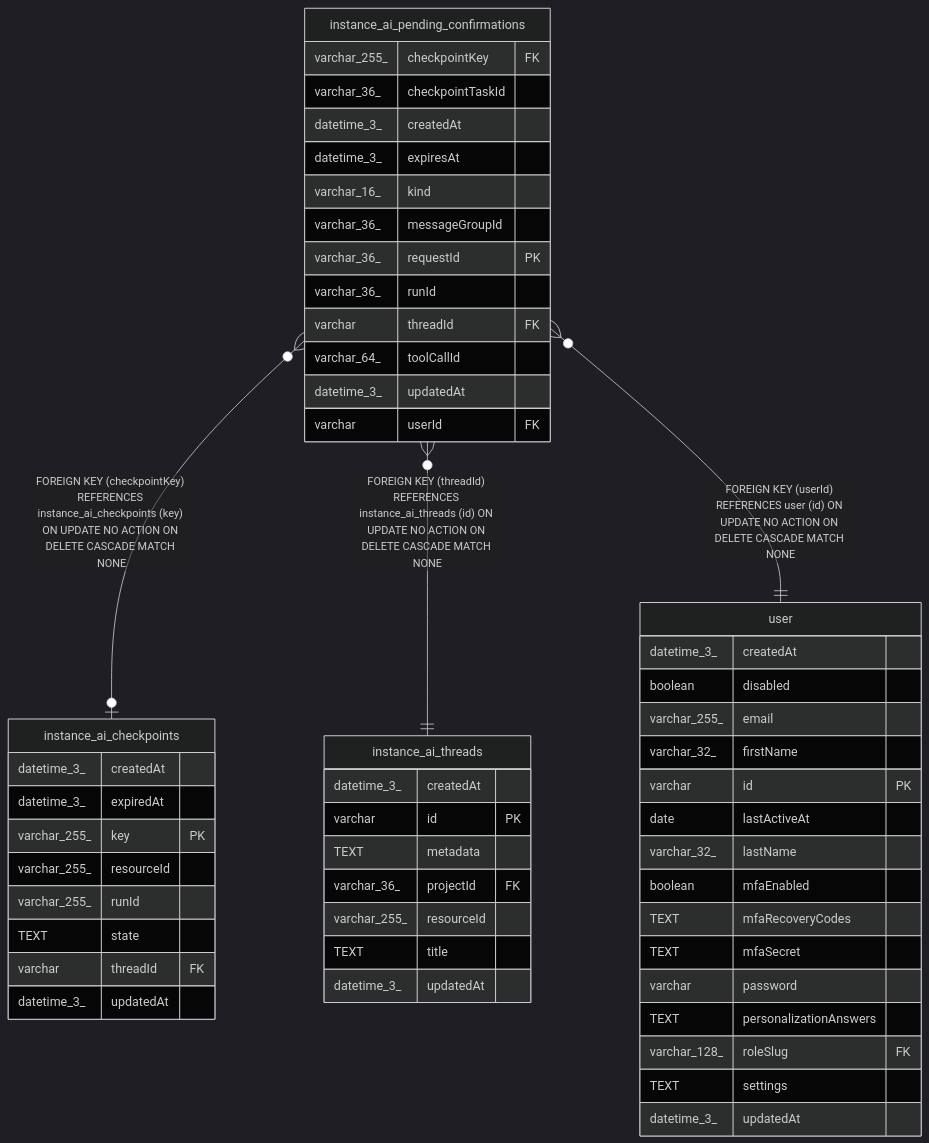
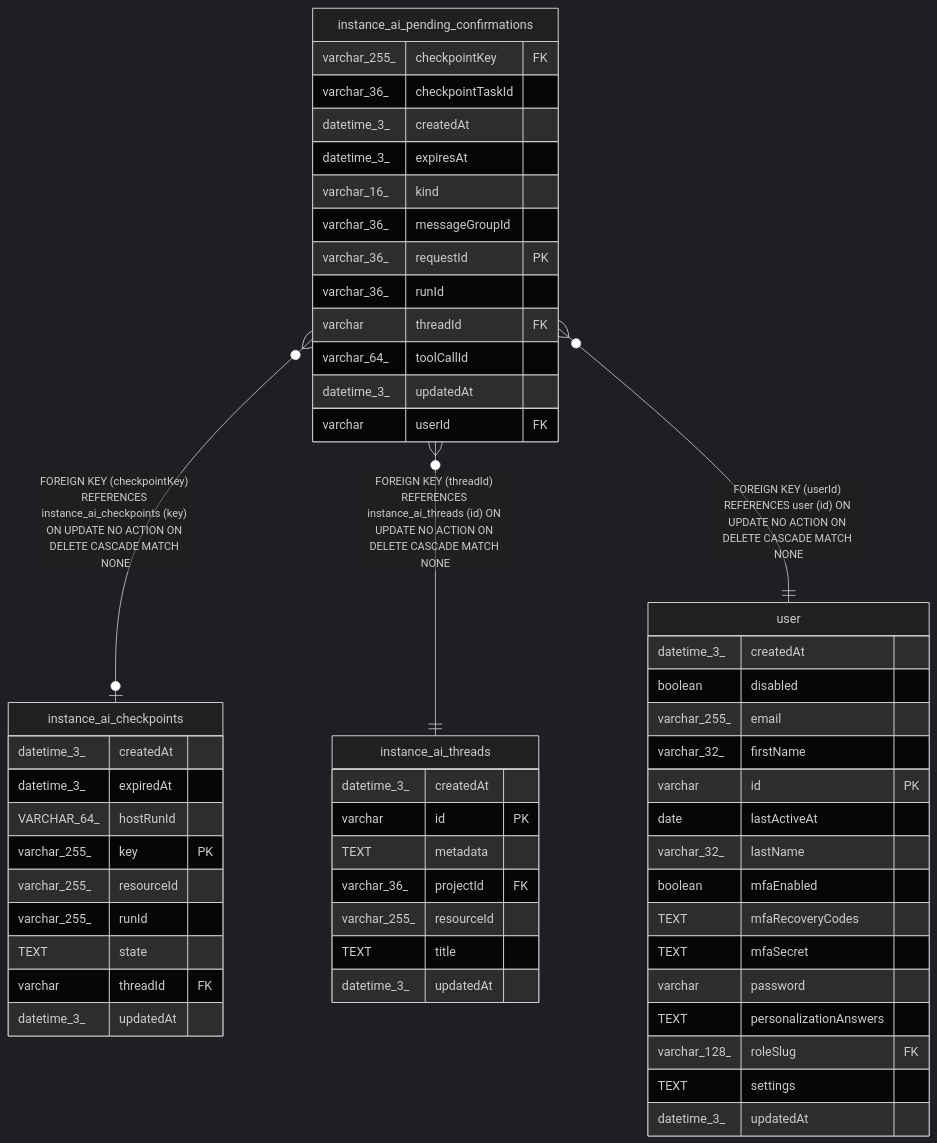
One commit to ggrace519/n8n changed the diagram in docs/generated/sqlite-schema/instance_ai_pending_confirmations.md. Above: the diagram before and after it, drawn with Mermaid (dark theme). The commit also changed 22 other files, not shown here.

````diff
--- a/docs/generated/sqlite-schema/instance_ai_pending_confirmations.md
+++ b/docs/generated/sqlite-schema/instance_ai_pending_confirmations.md
@@ -54,58 +54,59 @@
 ```mermaid
 erDiagram
 
 "instance_ai_pending_confirmations" }o--o| "instance_ai_checkpoints" : "FOREIGN KEY (checkpointKey) REFERENCES instance_ai_checkpoints (key) ON UPDATE NO ACTION ON DELETE CASCADE MATCH NONE"
 "instance_ai_pending_confirmations" }o--|| "instance_ai_threads" : "FOREIGN KEY (threadId) REFERENCES instance_ai_threads (id) ON UPDATE NO ACTION ON DELETE CASCADE MATCH NONE"
 "instance_ai_pending_confirmations" }o--|| "user" : "FOREIGN KEY (userId) REFERENCES user (id) ON UPDATE NO ACTION ON DELETE CASCADE MATCH NONE"
 
 "instance_ai_pending_confirmations" {
   varchar_255_ checkpointKey FK
   varchar_36_ checkpointTaskId
   datetime_3_ createdAt
   datetime_3_ expiresAt
   varchar_16_ kind
   varchar_36_ messageGroupId
   varchar_36_ requestId PK
   varchar_36_ runId
   varchar threadId FK
   varchar_64_ toolCallId
   datetime_3_ updatedAt
   varchar userId FK
 }
 "instance_ai_checkpoints" {
   datetime_3_ createdAt
   datetime_3_ expiredAt
+  VARCHAR_64_ hostRunId
   varchar_255_ key PK
   varchar_255_ resourceId
   varchar_255_ runId
   TEXT state
   varchar threadId FK
   datetime_3_ updatedAt
 }
 "instance_ai_threads" {
   datetime_3_ createdAt
   varchar id PK
   TEXT metadata
   varchar_36_ projectId FK
   varchar_255_ resourceId
   TEXT title
   datetime_3_ updatedAt
 }
 "user" {
   datetime_3_ createdAt
   boolean disabled
   varchar_255_ email
   varchar_32_ firstName
   varchar id PK
   date lastActiveAt
   varchar_32_ lastName
   boolean mfaEnabled
   TEXT mfaRecoveryCodes
   TEXT mfaSecret
   varchar password
   TEXT personalizationAnswers
   varchar_128_ roleSlug FK
   TEXT settings
   datetime_3_ updatedAt
 }
 ```
````
